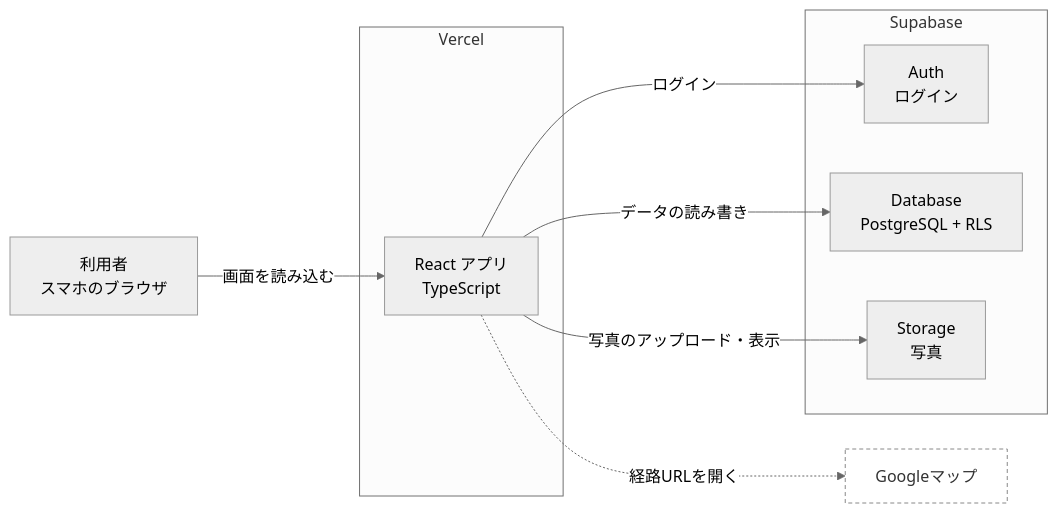
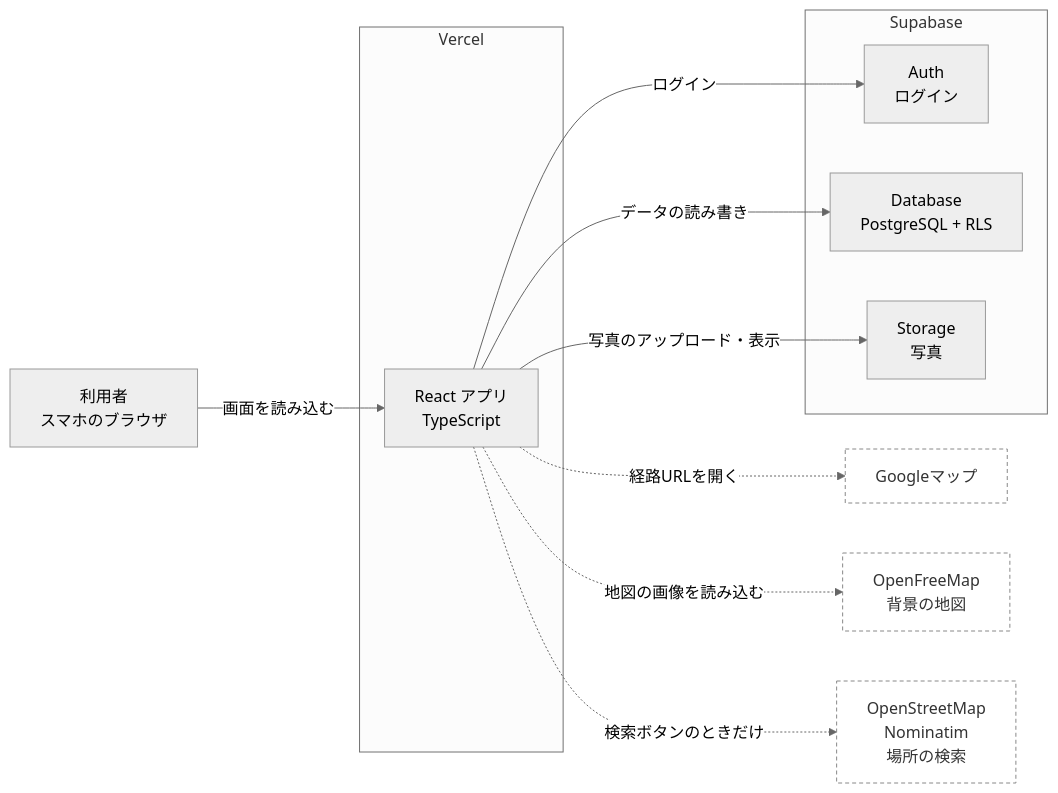
Diagram 12 of 15 in docs/requirements.md (ponsuke108/Kanazawa_Trip), drawn with Mermaid (neutral theme) before and after one commit. The commit also changed other lines of this file and 1 other file, not shown here.

````diff
--- a/docs/requirements.md
+++ b/docs/requirements.md
@@ -1061,25 +1940,29 @@
 ```mermaid
 flowchart LR
     U["利用者<br>スマホのブラウザ"]
 
     subgraph VERCEL["Vercel"]
         APP["React アプリ<br>TypeScript"]
     end
 
     subgraph SUPA["Supabase"]
         AUTH["Auth<br>ログイン"]
         DB["Database<br>PostgreSQL + RLS"]
         ST["Storage<br>写真"]
     end
 
     GM["Googleマップ"]
+    OFM["OpenFreeMap<br>背景の地図"]
+    NOM["OpenStreetMap<br>Nominatim<br>場所の検索"]
 
     U -->|画面を読み込む| APP
     APP -->|ログイン| AUTH
     APP -->|データの読み書き| DB
     APP -->|写真のアップロード・表示| ST
     APP -.->|経路URLを開く| GM
+    APP -.->|地図の画像を読み込む| OFM
+    APP -.->|検索ボタンのときだけ| NOM
 
     classDef ext fill:#FFFFFF,stroke:#888888,stroke-dasharray:4 3,color:#333333
-    class GM ext
+    class GM,OFM,NOM ext
 ```
````
